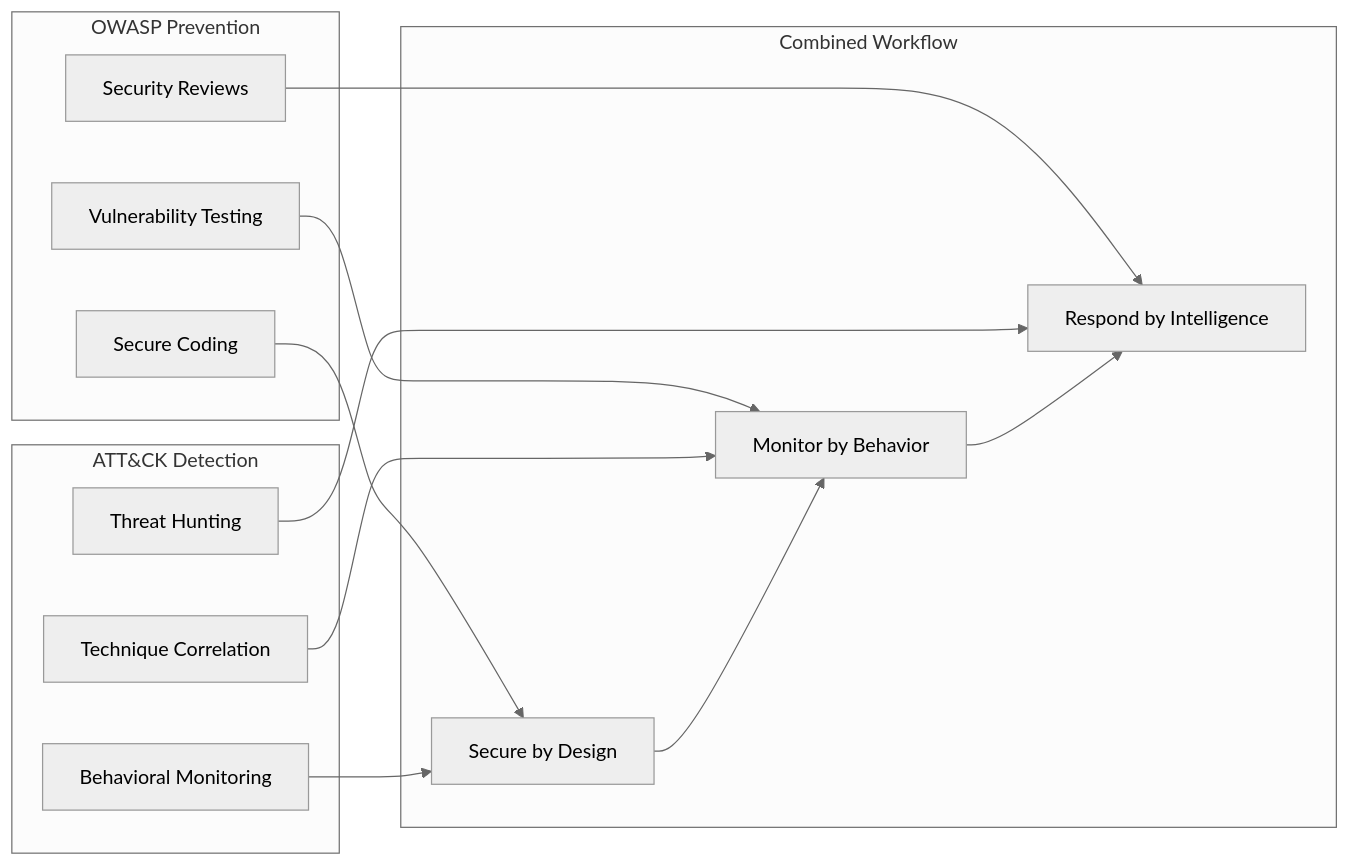
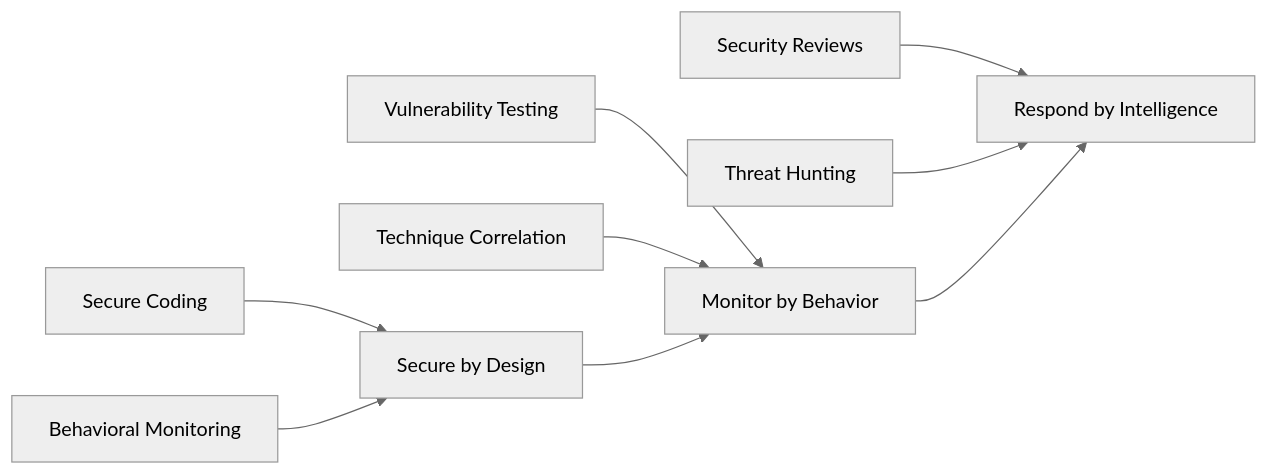
One commit to codebytes/mitre-attack-for-devs changed the seventh of 7 diagrams in slides/Slides.md. Above: the diagram before and after it, drawn with Mermaid (neutral theme). The commit also changed other lines of this file, not shown here.

Commit message:
Fix Mermaid diagrams: remove subgraphs causing render failures

```diff
--- a/slides/Slides.md
+++ b/slides/Slides.md
@@ -1067,29 +1026,10 @@
 <div class="mermaid">
 flowchart LR
-    subgraph "OWASP Prevention"
-        A[Secure Coding]
-        B[Vulnerability Testing] 
-        C[Security Reviews]
-    end
-    
-    subgraph "ATT&CK Detection"  
-        D[Behavioral Monitoring]
-        E[Technique Correlation]
-        F[Threat Hunting]
-    end
-    
-    subgraph "Combined Workflow"
-        G[Secure by Design]
-        H[Monitor by Behavior] 
-        I[Respond by Intelligence]
-    end
-    
-    A --> G
-    D --> G
-    B --> H
-    E --> H
-    C --> I
-    F --> I
-    
+    A[Secure Coding] --> G[Secure by Design]
+    D[Behavioral Monitoring] --> G
+    B[Vulnerability Testing] --> H[Monitor by Behavior]
+    E[Technique Correlation] --> H
+    C[Security Reviews] --> I[Respond by Intelligence]
+    F[Threat Hunting] --> I
     G --> H --> I
 </div>
```
